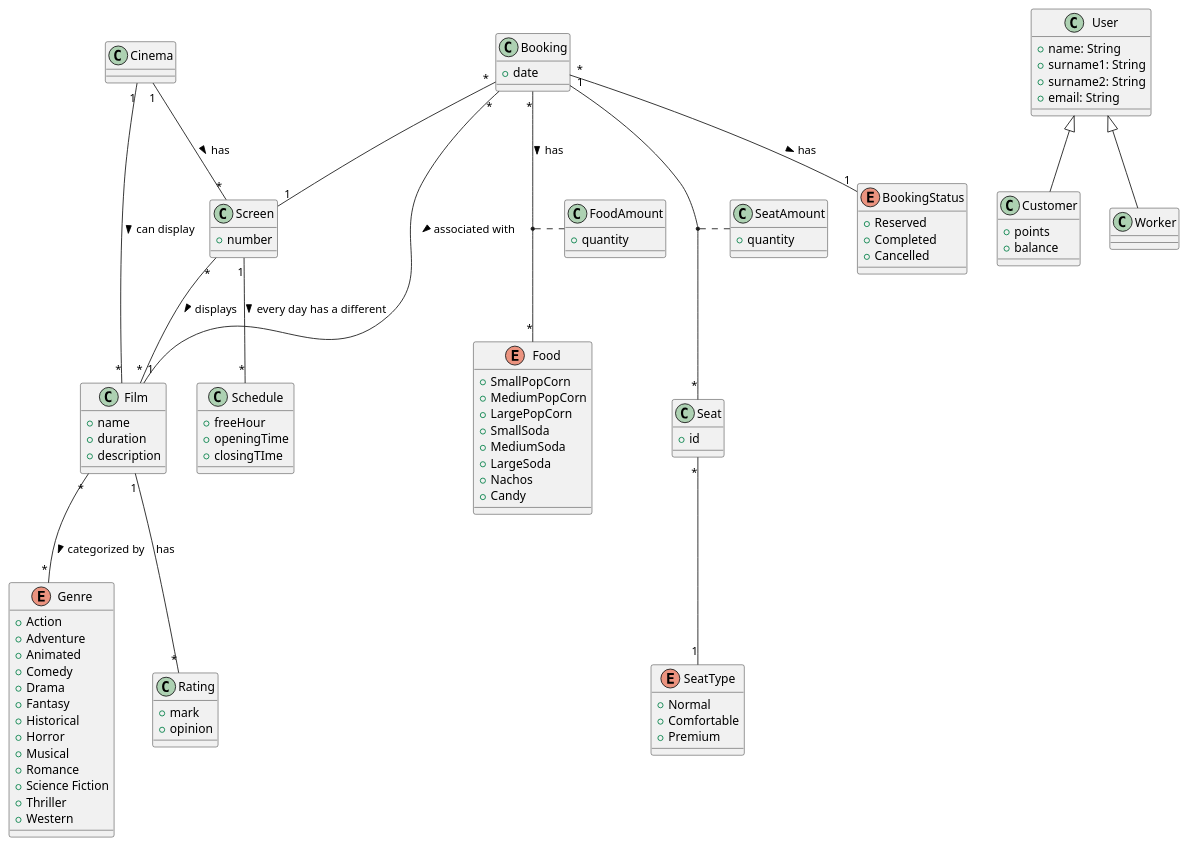
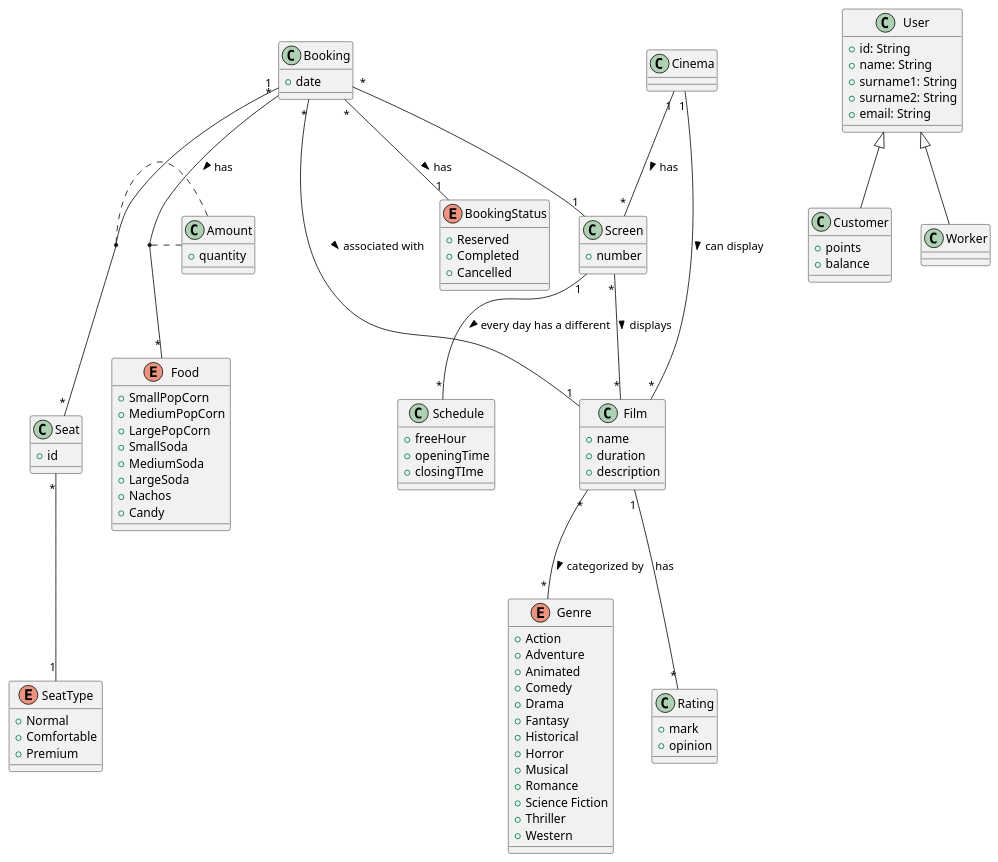
Before and after one commit to BenatErzibengoa/Cinema-app: the diagram in DomainModel(Uncompleted Draft).puml, drawn with PlantUML.

Commit message:
Update DomainModel
+SeatAmount and FoodAmount merged  --> Amount
+User's id attribute has been added

```diff
--- a/DomainModel(Uncompleted Draft).puml
+++ b/DomainModel(Uncompleted Draft).puml
@@ -1,126 +2,123 @@
 @startuml
 class User{
+  +id: String 
   +name: String
   +surname1: String
   +surname2: String
   +email: String
 
 }
 
 class Customer{
   +points
   +balance
 }
 
 class Worker{
 }
 
 class Booking{
   +date
 }
 
 
-class FoodAmount{
+class Amount{
   +quantity
 }
 
 class Cinema{
 
 }
 
 class Screen{
   +number
 }
 
 class Schedule{
   +freeHour
   +openingTime
   +closingTIme
 }
 
 class Film{
   +name
   +duration
   +description
 }
 
 class Rating{
   +mark
   +opinion
 }
 
 class Seat{
   +id
 }
-class SeatAmount{
-  +quantity
-}
-
 
 
 enum Genre{
   +Action
   +Adventure
   +Animated
   +Comedy
   +Drama
   +Fantasy
   +Historical
   +Horror
   +Musical
   +Romance
   +Science Fiction
   +Thriller
   +Western
 }
 
 enum BookingStatus{
   +Reserved
   +Completed
   +Cancelled
 }
 
 enum Food{
   +SmallPopCorn
   +MediumPopCorn
   +LargePopCorn
   +SmallSoda
   +MediumSoda
   +LargeSoda
   +Nachos
   +Candy
 }
 
 enum SeatType{
   +Normal
   +Comfortable
   +Premium
 }
 
 
 User <|-- Customer
 User <|-- Worker
 
 Cinema "1" -- "*" Screen: has >
 Cinema "1" -- "*" Film: can display >
 
 Screen "*" -- "*" Film: displays >
 Screen "1" -- "*" Schedule: every day has a different >
 
 Seat "*" -- "1" SeatType
 
 Film "1" -- "*" Rating: has
 Film "*" -- "*" Genre : categorized by >
 
 
 Booking "*" -- "1" Film: associated with >
 Booking "*" -- "1" BookingStatus : has >
 Booking "*" -- "1" Screen
 Booking "1" -- "*" Seat
 Booking "*" -- "*" Food: has >
-(Booking, Food) .. FoodAmount
-(Booking, Seat) .. SeatAmount
+(Booking, Food) .. Amount
+(Booking, Seat) .. Amount
 
 
 
 @enduml
```
